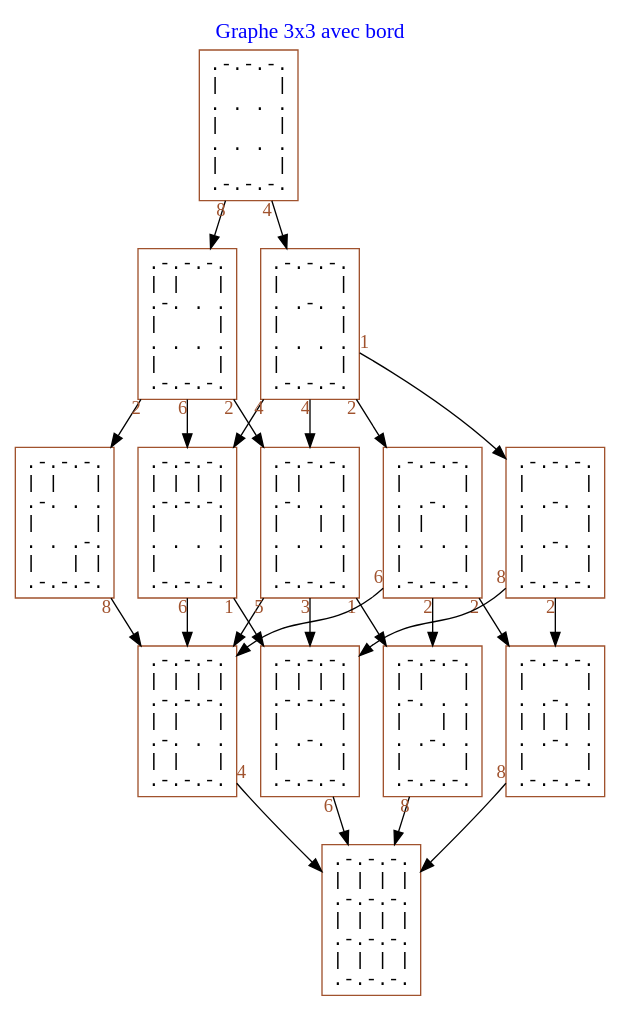
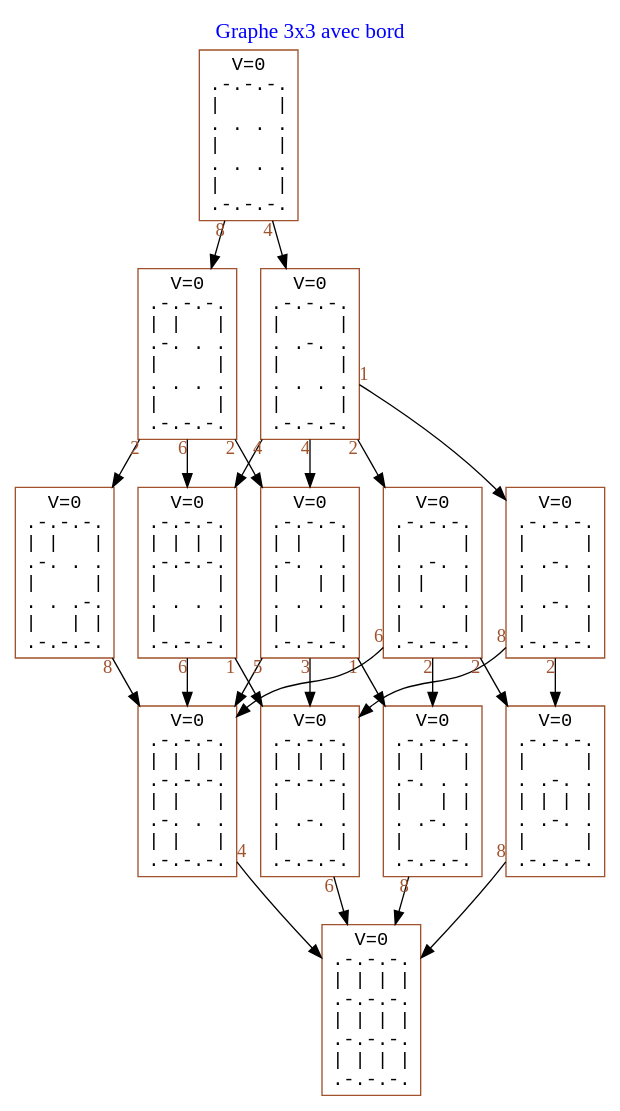
Before and after one commit to Lumenol/Projet_Info: the diagram in autre/Graphe/Graphe_3x3_avec_bord.dot, drawn with Graphviz. The commit also changed 11 other files, not shown here.

```diff
--- a/autre/Graphe/Graphe_3x3_avec_bord.dot
+++ b/autre/Graphe/Graphe_3x3_avec_bord.dot
@@ -1,57 +1,57 @@
 digraph default{graph[labelloc="t" fontsize=16 fontcolor="blue"
 label="Graphe 3x3 avec bord"]
 
 node [shape=box fontname = "Courier New" color="sienna"]
 edge [fontname = "Times" fontcolor="sienna"]
 
-0 [label=".-.-.-.\n|     |\n. . . .\n|     |\n. . . .\n|     |\n.-.-.-.\n"]
+0 [label="V=0\n.-.-.-.\n|     |\n. . . .\n|     |\n. . . .\n|     |\n.-.-.-.\n"]
+0 -> 2 [taillabel="8"]
 0 -> 65 [taillabel="4"]
-0 -> 2 [taillabel="8"]
 
-2 [label=".-.-.-.\n| |   |\n.-. . .\n|     |\n. . . .\n|     |\n.-.-.-.\n"]
-2 -> 51 [taillabel="2"]
+2 [label="V=0\n.-.-.-.\n| |   |\n.-. . .\n|     |\n. . . .\n|     |\n.-.-.-.\n"]
 2 -> 29 [taillabel="2"]
 2 -> 4 [taillabel="6"]
+2 -> 51 [taillabel="2"]
 
-4 [label=".-.-.-.\n| | | |\n.-.-.-.\n|     |\n. . . .\n|     |\n.-.-.-.\n"]
+4 [label="V=0\n.-.-.-.\n| | | |\n.-.-.-.\n|     |\n. . . .\n|     |\n.-.-.-.\n"]
 4 -> 15 [taillabel="1"]
 4 -> 6 [taillabel="6"]
 
-6 [label=".-.-.-.\n| | | |\n.-.-.-.\n| |   |\n.-. . .\n| |   |\n.-.-.-.\n"]
+6 [label="V=0\n.-.-.-.\n| | | |\n.-.-.-.\n| |   |\n.-. . .\n| |   |\n.-.-.-.\n"]
 6 -> 8 [taillabel="4"]
 
-8 [label=".-.-.-.\n| | | |\n.-.-.-.\n| | | |\n.-.-.-.\n| | | |\n.-.-.-.\n"]
+8 [label="V=0\n.-.-.-.\n| | | |\n.-.-.-.\n| | | |\n.-.-.-.\n| | | |\n.-.-.-.\n"]
 
-15 [label=".-.-.-.\n| | | |\n.-.-.-.\n|     |\n. .-. .\n|     |\n.-.-.-.\n"]
+15 [label="V=0\n.-.-.-.\n| | | |\n.-.-.-.\n|     |\n. .-. .\n|     |\n.-.-.-.\n"]
 15 -> 8 [taillabel="6"]
 
-29 [label=".-.-.-.\n| |   |\n.-. . .\n|   | |\n. . . .\n|     |\n.-.-.-.\n"]
+29 [label="V=0\n.-.-.-.\n| |   |\n.-. . .\n|   | |\n. . . .\n|     |\n.-.-.-.\n"]
 29 -> 15 [taillabel="3"]
+29 -> 6 [taillabel="5"]
 29 -> 36 [taillabel="1"]
-29 -> 6 [taillabel="5"]
 
-36 [label=".-.-.-.\n| |   |\n.-. . .\n|   | |\n. .-. .\n|     |\n.-.-.-.\n"]
+36 [label="V=0\n.-.-.-.\n| |   |\n.-. . .\n|   | |\n. .-. .\n|     |\n.-.-.-.\n"]
 36 -> 8 [taillabel="8"]
 
-51 [label=".-.-.-.\n| |   |\n.-. . .\n|     |\n. . .-.\n|   | |\n.-.-.-.\n"]
+51 [label="V=0\n.-.-.-.\n| |   |\n.-. . .\n|     |\n. . .-.\n|   | |\n.-.-.-.\n"]
 51 -> 6 [taillabel="8"]
 
-65 [label=".-.-.-.\n|     |\n. .-. .\n|     |\n. . . .\n|     |\n.-.-.-.\n"]
-65 -> 71 [taillabel="2"]
+65 [label="V=0\n.-.-.-.\n|     |\n. .-. .\n|     |\n. . . .\n|     |\n.-.-.-.\n"]
 65 -> 94 [taillabel="1"]
 65 -> 29 [taillabel="4"]
 65 -> 4 [taillabel="4"]
+65 -> 71 [taillabel="2"]
 
-71 [label=".-.-.-.\n|     |\n. .-. .\n| |   |\n. . . .\n|     |\n.-.-.-.\n"]
-71 -> 36 [taillabel="2"]
+71 [label="V=0\n.-.-.-.\n|     |\n. .-. .\n| |   |\n. . . .\n|     |\n.-.-.-.\n"]
 71 -> 6 [taillabel="6"]
 71 -> 77 [taillabel="2"]
+71 -> 36 [taillabel="2"]
 
-77 [label=".-.-.-.\n|     |\n. .-. .\n| | | |\n. .-. .\n|     |\n.-.-.-.\n"]
+77 [label="V=0\n.-.-.-.\n|     |\n. .-. .\n| | | |\n. .-. .\n|     |\n.-.-.-.\n"]
 77 -> 8 [taillabel="8"]
 
-94 [label=".-.-.-.\n|     |\n. .-. .\n|     |\n. .-. .\n|     |\n.-.-.-.\n"]
+94 [label="V=0\n.-.-.-.\n|     |\n. .-. .\n|     |\n. .-. .\n|     |\n.-.-.-.\n"]
 94 -> 15 [taillabel="8"]
 94 -> 77 [taillabel="2"]
 
 }
```
